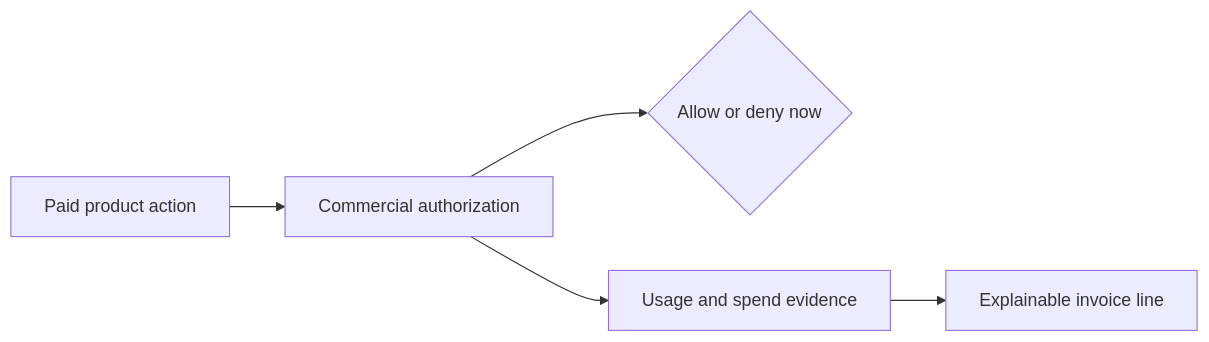
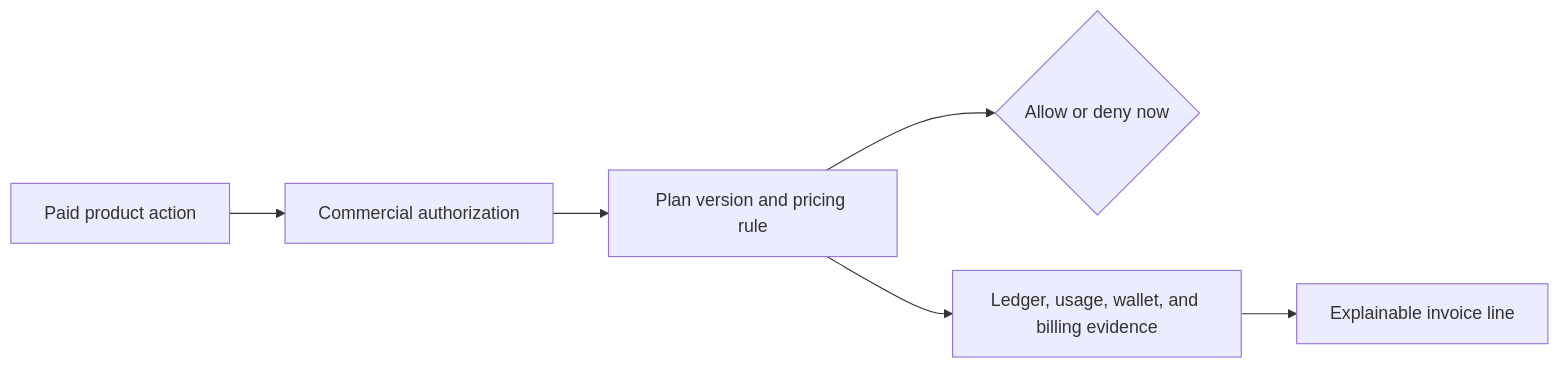
One commit to jhonsfran/unprice changed the diagram in docs/brand/brand-narrative.md. Above: the diagram before and after it, drawn with Mermaid. The commit also changed other lines of this file and 42 other files, not shown here.

````diff
--- a/docs/brand/brand-narrative.md
+++ b/docs/brand/brand-narrative.md
@@ -58,7 +75,8 @@
 ```mermaid
 flowchart LR
   Action["Paid product action"] --> Check["Commercial authorization"]
-  Check --> Allowed{"Allow or deny now"}
-  Check --> Evidence["Usage and spend evidence"]
+  Check --> Rule["Plan version and pricing rule"]
+  Rule --> Allowed{"Allow or deny now"}
+  Rule --> Evidence["Ledger, usage, wallet, and billing evidence"]
   Evidence --> Invoice["Explainable invoice line"]
 ```
````
